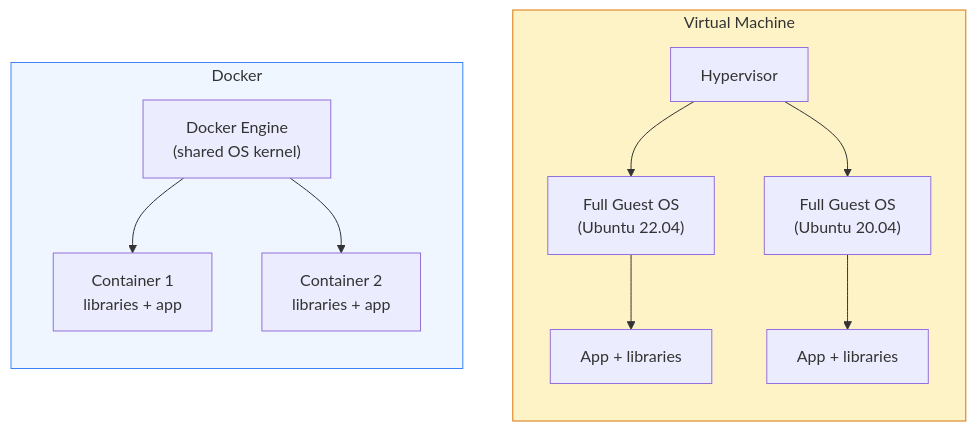
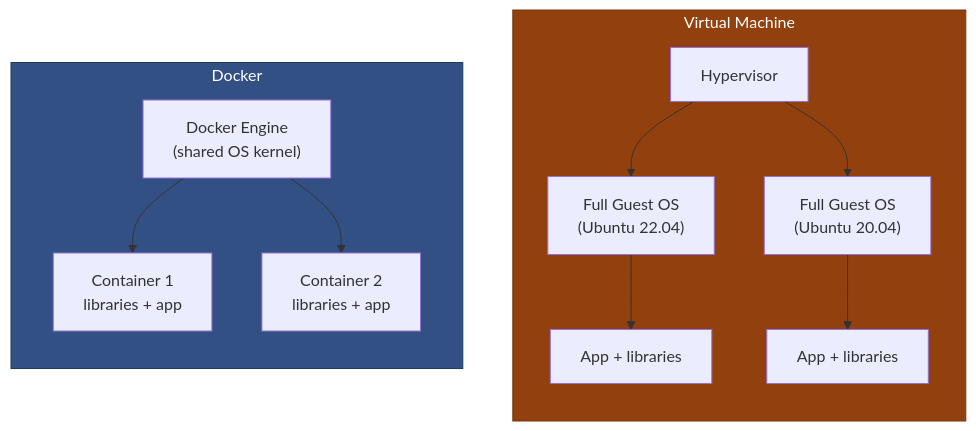
The second of 8 diagrams in docs/docker-containers.md (Ch3w3y/docker_gcp), drawn with Mermaid before and after one commit. The commit also changed other lines of this file and 11 other files, not shown here.

First line of the commit message:
Fix/mermaid contrast and linebreaks (#17)

````diff
--- a/docs/docker-containers.md
+++ b/docs/docker-containers.md
@@ -86,21 +86,21 @@
 ```mermaid
 flowchart TD
     subgraph VM["Virtual Machine"]
         direction TB
         HYP["Hypervisor"]
         HYP --> GOS1["Full Guest OS<br/>(Ubuntu 22.04)"]
         HYP --> GOS2["Full Guest OS<br/>(Ubuntu 20.04)"]
         GOS1 --> APP1["App + libraries"]
         GOS2 --> APP2["App + libraries"]
     end
 
     subgraph CON["Docker"]
         direction TB
         DE["Docker Engine<br/>(shared OS kernel)"]
         DE --> C1["Container 1<br/>libraries + app"]
         DE --> C2["Container 2<br/>libraries + app"]
     end
 
-    style VM fill:#fef3c7,stroke:#d97706
-    style CON fill:#eff6ff,stroke:#3b82f6
+    style VM fill:#92400e,stroke:#78350f,color:#ffffff
+    style CON fill:#325083,stroke:#1e3a5f,color:#ffffff
 ```
````
